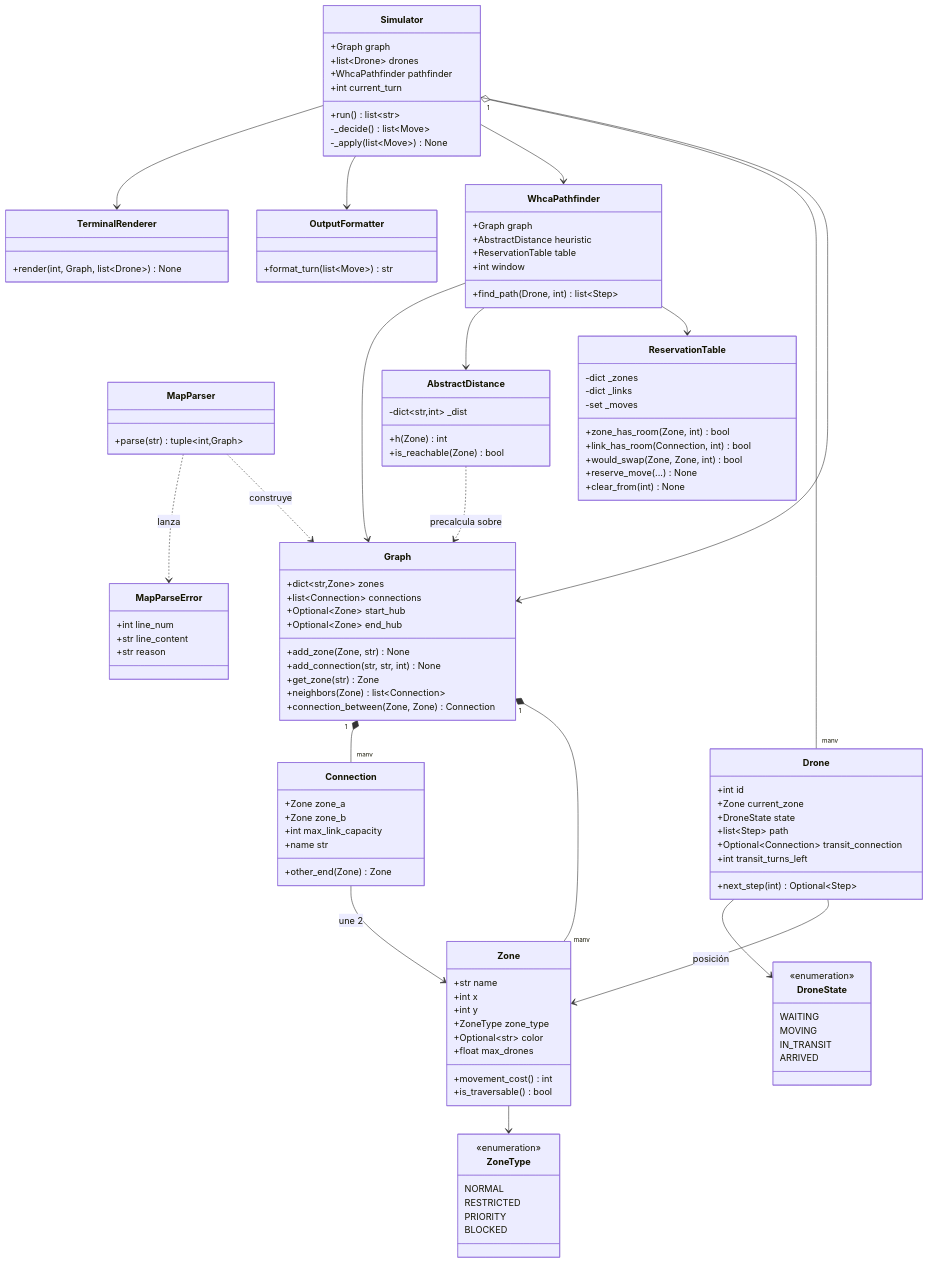
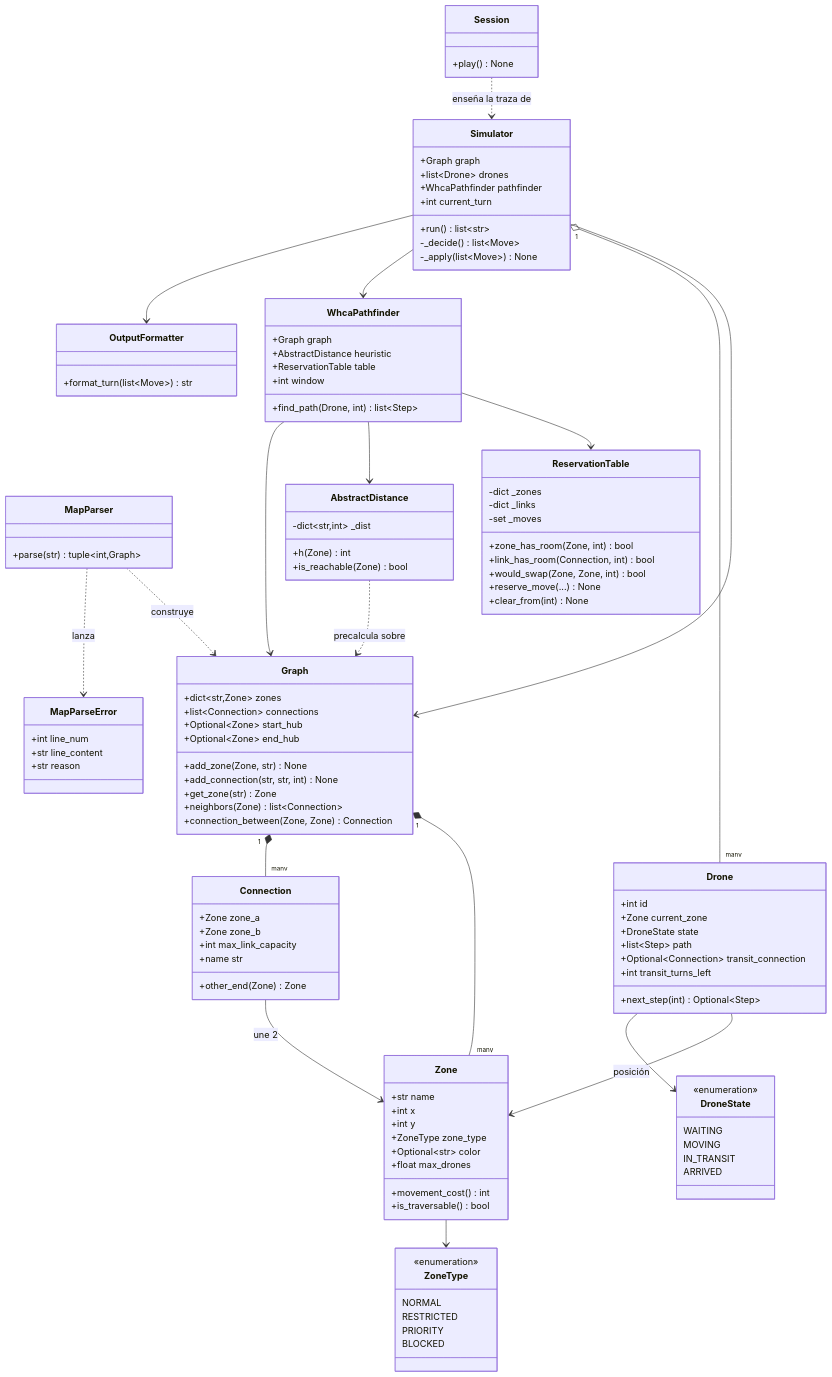
One commit to 0xARCOS/Fly-In changed the first of 2 diagrams in docs/02-arquitectura.md. Above: the diagram before and after it, drawn with Mermaid. The commit also changed other lines of this file and 33 other files, not shown here.

````diff
--- a/docs/02-arquitectura.md
+++ b/docs/02-arquitectura.md
@@ -185,8 +183,8 @@
         +format_turn(list~Move~) str
     }
 
-    class TerminalRenderer {
-        +render(int, Graph, list~Drone~) None
+    class Session {
+        +play() None
     }
 
     Graph "1" *-- "many" Zone
@@ -205,5 +203,5 @@
     Simulator "1" o-- "many" Drone
     Simulator --> WhcaPathfinder
     Simulator --> OutputFormatter
-    Simulator --> TerminalRenderer
+    Session ..> Simulator : enseña la traza de
 ```
````
